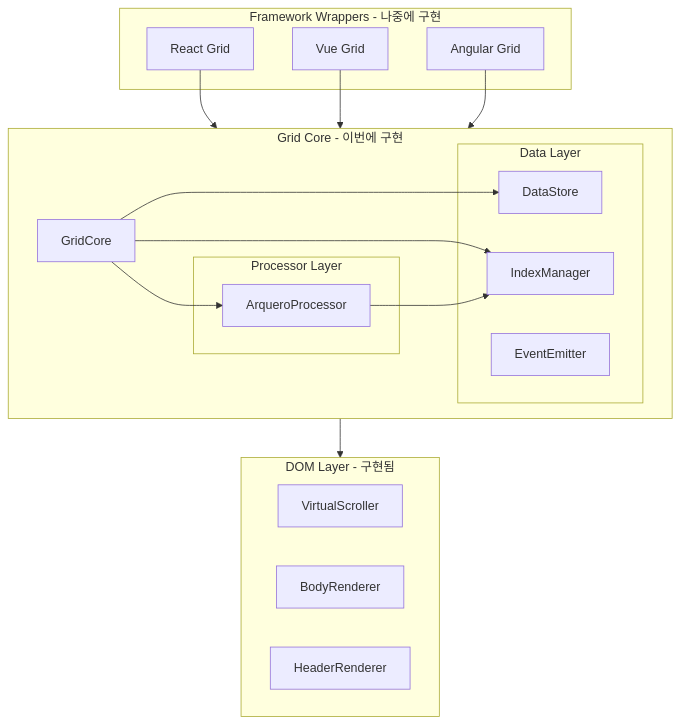
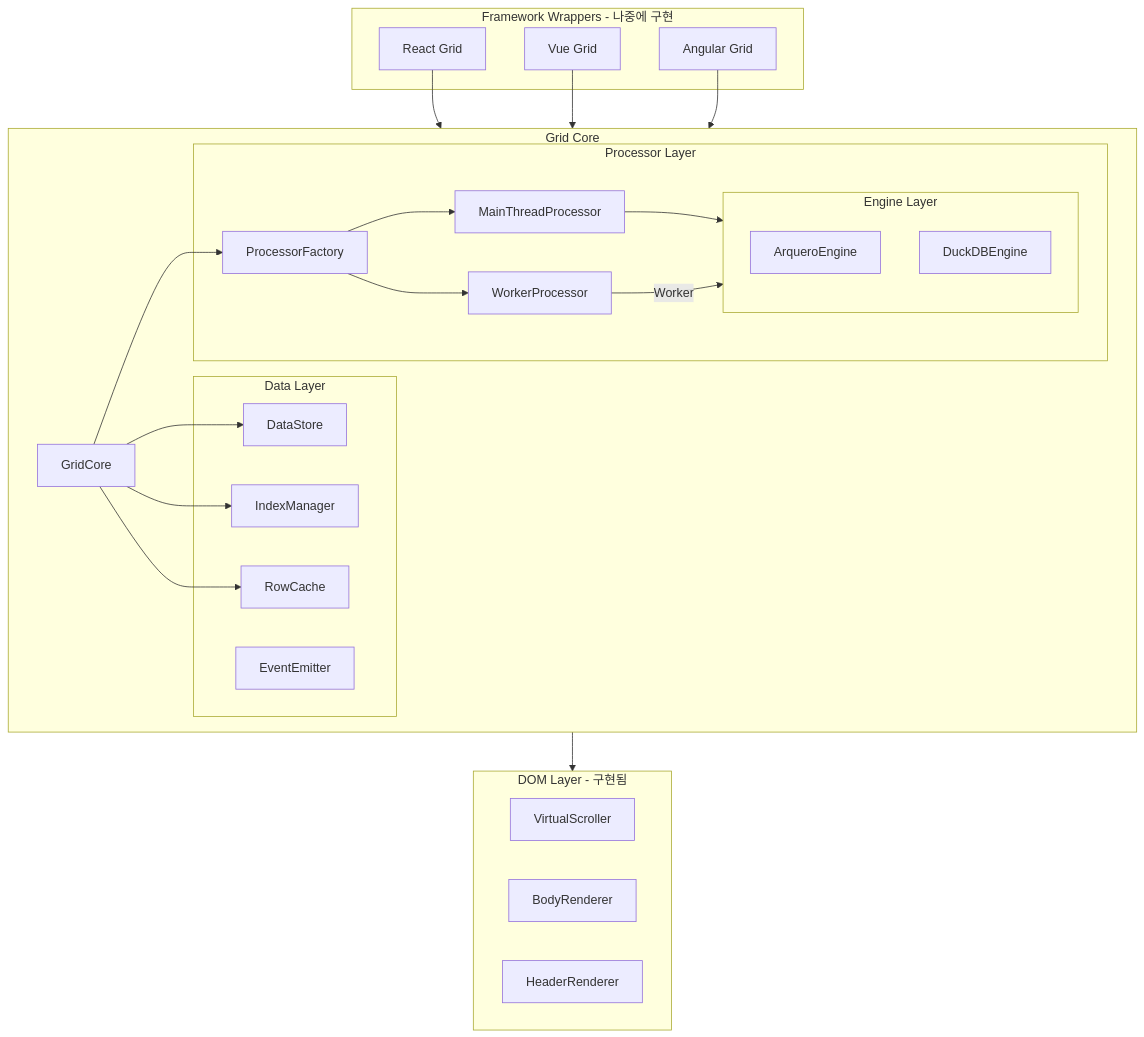
The diagram in docs/base/ARCHITECTURE-CORE.md (jook1356/grid), drawn with Mermaid before and after one commit. The commit also changed other lines of this file and 3 other files, not shown here.

````diff
--- a/docs/base/ARCHITECTURE-CORE.md
+++ b/docs/base/ARCHITECTURE-CORE.md
@@ -5,36 +5,47 @@
 ```mermaid
 flowchart TB
     subgraph Wrappers [Framework Wrappers - 나중에 구현]
         ReactGrid[React Grid]
         VueGrid[Vue Grid]
         AngularGrid[Angular Grid]
     end
     
-    subgraph Core [Grid Core - 이번에 구현]
+    subgraph Core [Grid Core]
         subgraph DataLayer [Data Layer]
             DS[DataStore]
             IM[IndexManager]
             EM[EventEmitter]
+            RC[RowCache]
         end
-        
+
         subgraph ProcessorLayer [Processor Layer]
-            DP[ArqueroProcessor]
+            PF[ProcessorFactory]
+            MTP[MainThreadProcessor]
+            WP[WorkerProcessor]
+            subgraph Engines [Engine Layer]
+                AE[ArqueroEngine]
+                DE[DuckDBEngine]
+            end
         end
-        
+
         GC[GridCore] --> DS
         GC --> IM
-        GC --> DP
-        DP --> IM
+        GC --> RC
+        GC --> PF
+        PF --> MTP
+        PF --> WP
+        MTP --> Engines
+        WP -->|Worker| Engines
     end
     
     subgraph DOMLayer [DOM Layer - 구현됨]
         VR[VirtualScroller]
         BR[BodyRenderer]
         HR[HeaderRenderer]
     end
     
     ReactGrid --> Core
     VueGrid --> Core
     AngularGrid --> Core
     Core --> DOMLayer
 ```
````
